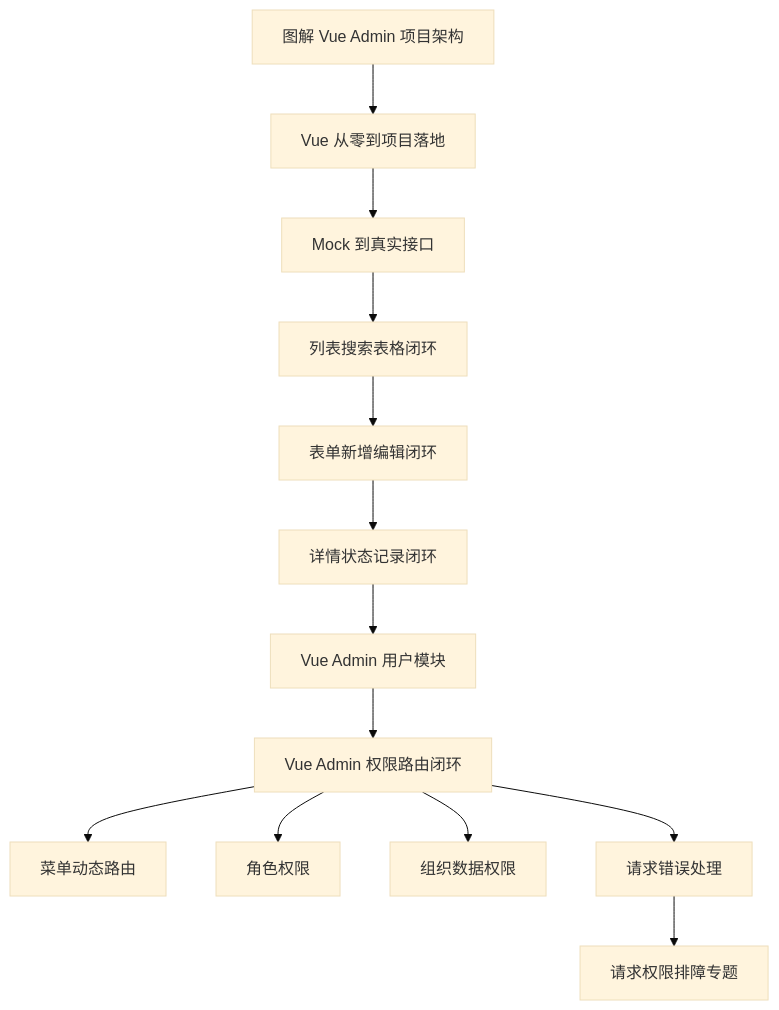
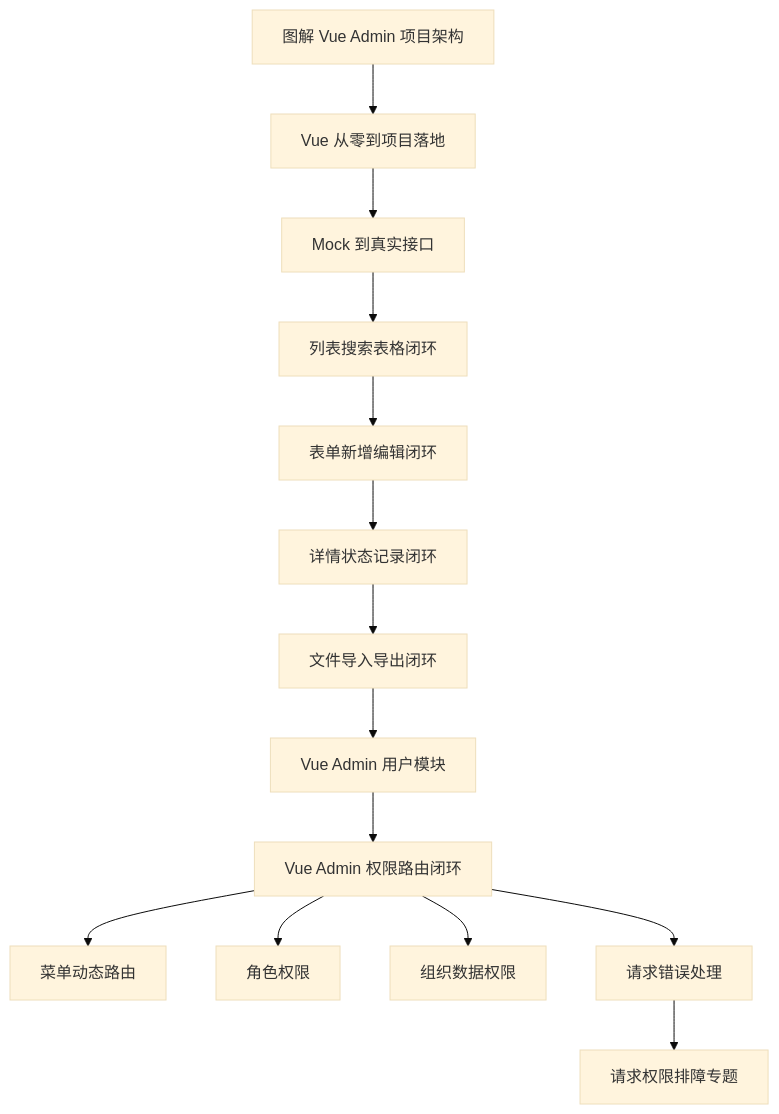
Diagram 17 of 17 in docs/vue/admin-architecture-visual-guide.md (yokry-he/yok-study-web), drawn with Mermaid (base theme) before and after one commit. The commit also changed other lines of this file and 12 other files, not shown here.

Commit message:
docs: add Vue Admin file import export guide

````diff
--- a/docs/vue/admin-architecture-visual-guide.md
+++ b/docs/vue/admin-architecture-visual-guide.md
@@ -531,15 +531,16 @@
 ```mermaid
 flowchart TD
   A["图解 Vue Admin 项目架构"] --> B["Vue 从零到项目落地"]
   B --> C["Mock 到真实接口"]
   C --> D["列表搜索表格闭环"]
   D --> E["表单新增编辑闭环"]
   E --> F["详情状态记录闭环"]
-  F --> G["Vue Admin 用户模块"]
-  G --> H["Vue Admin 权限路由闭环"]
-  H --> I["菜单动态路由"]
-  H --> J["角色权限"]
-  H --> K["组织数据权限"]
-  H --> L["请求错误处理"]
-  L --> M["请求权限排障专题"]
+  F --> G["文件导入导出闭环"]
+  G --> H["Vue Admin 用户模块"]
+  H --> I["Vue Admin 权限路由闭环"]
+  I --> J["菜单动态路由"]
+  I --> K["角色权限"]
+  I --> L["组织数据权限"]
+  I --> M["请求错误处理"]
+  M --> N["请求权限排障专题"]
 ```
````
